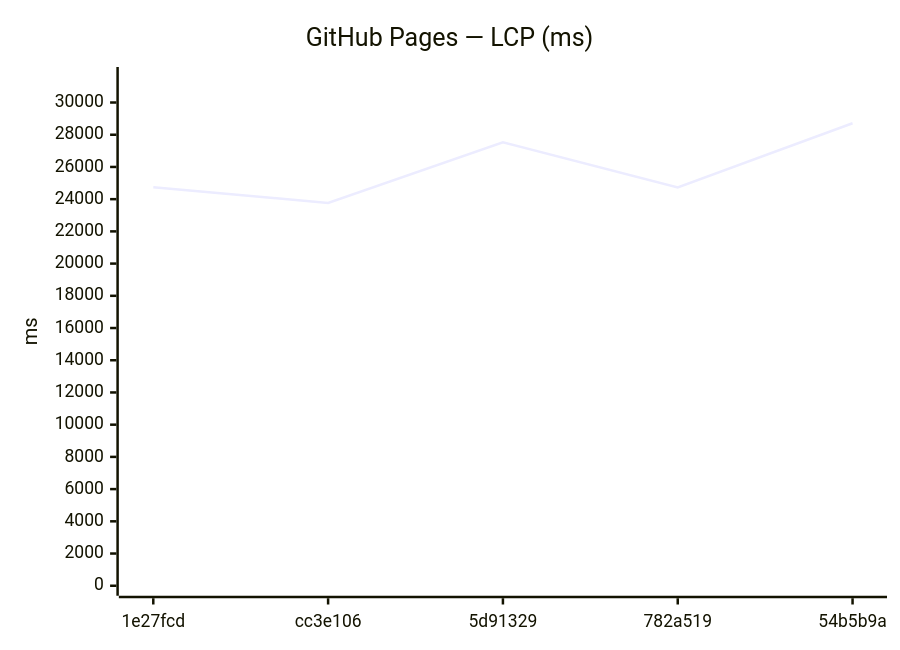
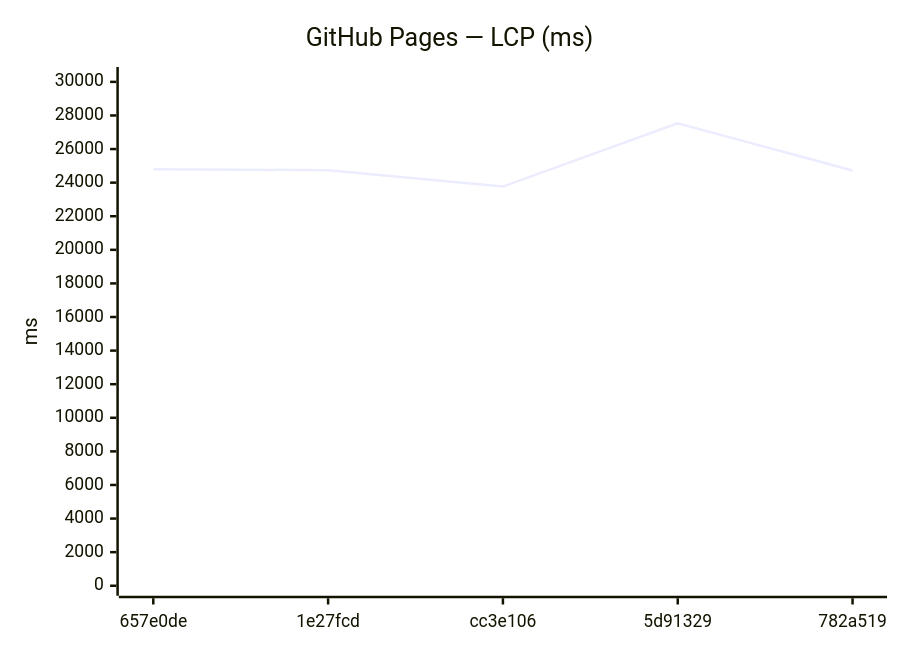
One commit to Metaheurist/Rianell changed the ninth of 18 diagrams in benchmarks/compare.md. Above: the diagram before and after it, drawn with Mermaid. The commit also changed other lines of this file and 11 other files, not shown here.

````diff
--- a/benchmarks/compare.md
+++ b/benchmarks/compare.md
@@ -142,7 +142,7 @@
 ```mermaid
 xychart-beta
     title "GitHub Pages — LCP (ms)"
-    x-axis ["1e27fcd", "cc3e106", "5d91329", "782a519", "54b5b9a"]
-    y-axis "ms" 0 --> 31584
-    line [24744, 23765, 27536, 24725, 28712]
+    x-axis ["657e0de", "1e27fcd", "cc3e106", "5d91329", "782a519"]
+    y-axis "ms" 0 --> 30290
+    line [24797, 24744, 23765, 27536, 24725]
 ```
````
